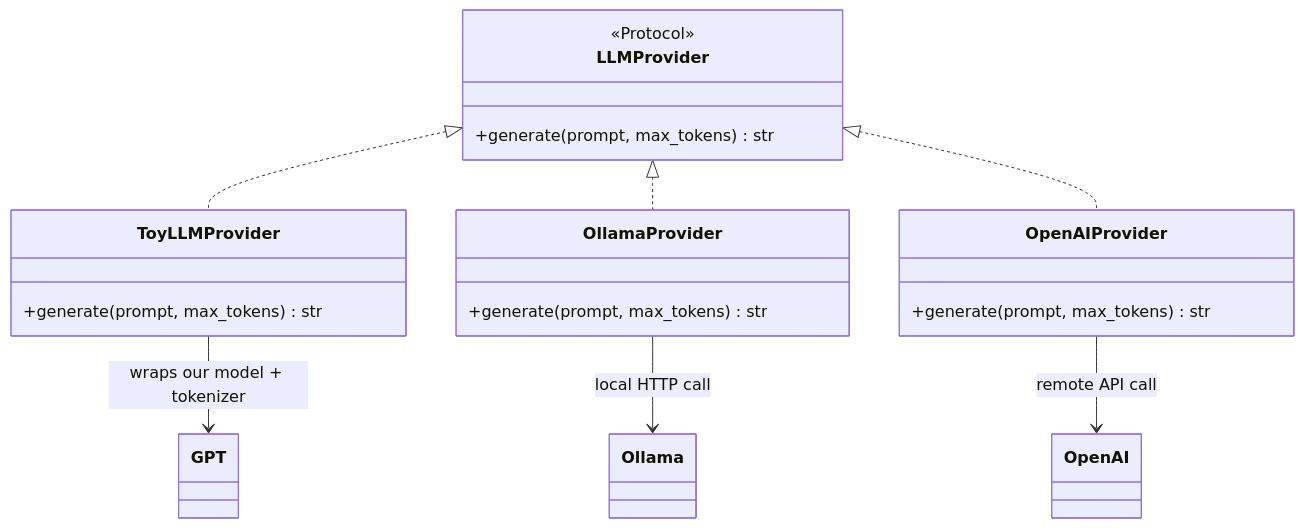
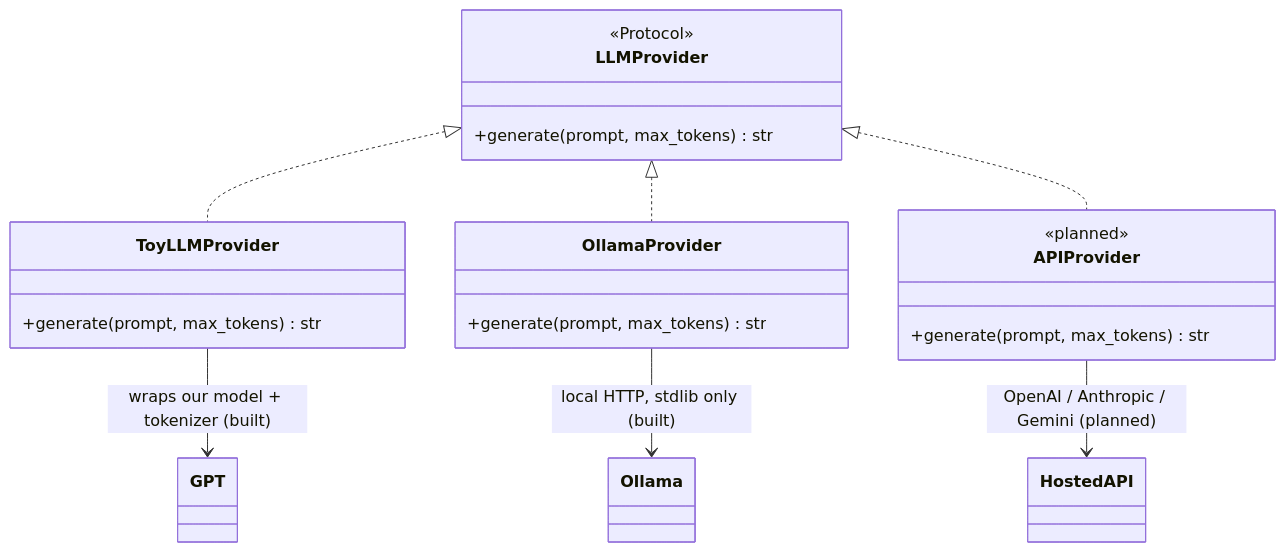
One commit to fandangolas/toy-llm changed the fourth of 5 diagrams in docs/architecture.md. Above: the diagram before and after it, drawn with Mermaid. The commit also changed other lines of this file and 1 other file, not shown here.

First line of the commit message:
docs: reflect the built harness in architecture and README

````diff
--- a/docs/architecture.md
+++ b/docs/architecture.md
@@ -126,24 +127,25 @@
 ```mermaid
 classDiagram
     class LLMProvider {
         <<Protocol>>
         +generate(prompt, max_tokens) str
     }
     class ToyLLMProvider {
         +generate(prompt, max_tokens) str
     }
     class OllamaProvider {
         +generate(prompt, max_tokens) str
     }
-    class OpenAIProvider {
+    class APIProvider {
+        <<planned>>
         +generate(prompt, max_tokens) str
     }
 
     LLMProvider <|.. ToyLLMProvider
     LLMProvider <|.. OllamaProvider
-    LLMProvider <|.. OpenAIProvider
+    LLMProvider <|.. APIProvider
 
-    ToyLLMProvider --> GPT : wraps our model + tokenizer
-    OllamaProvider --> Ollama : local HTTP call
-    OpenAIProvider --> OpenAI : remote API call
+    ToyLLMProvider --> GPT : wraps our model + tokenizer (built)
+    OllamaProvider --> Ollama : local HTTP, stdlib only (built)
+    APIProvider --> HostedAPI : OpenAI / Anthropic / Gemini (planned)
 ```
````
